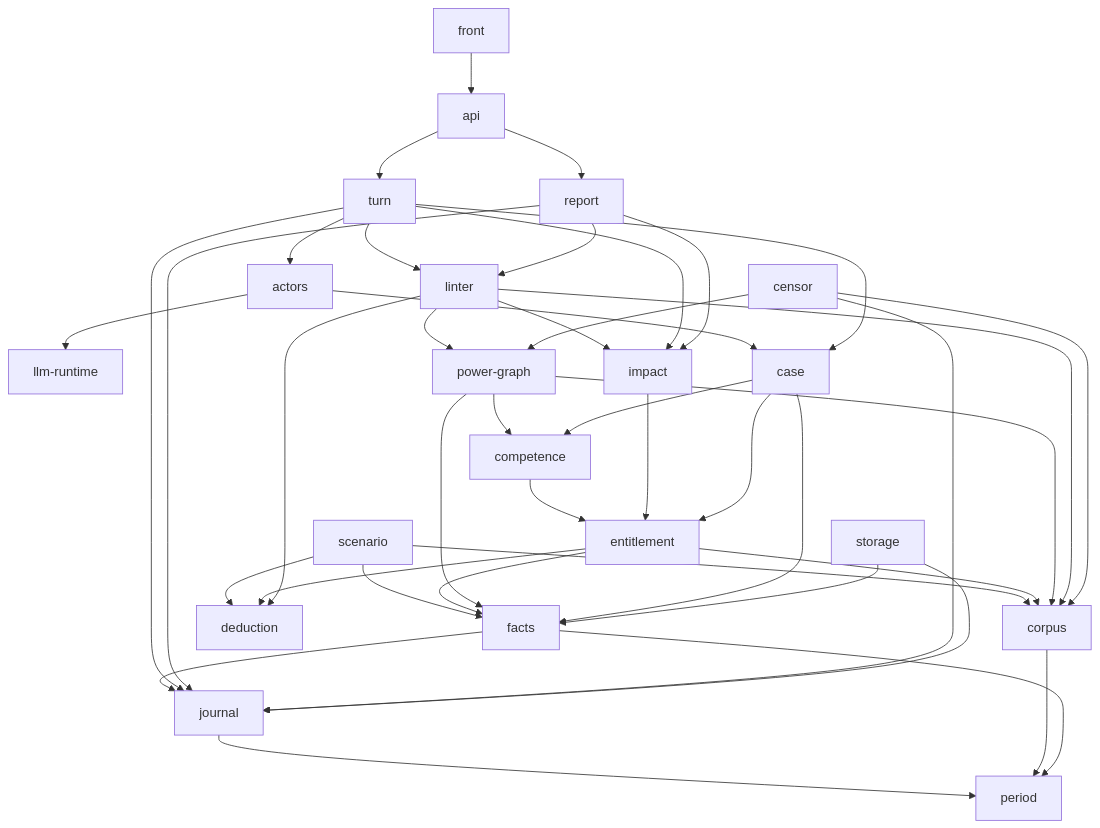
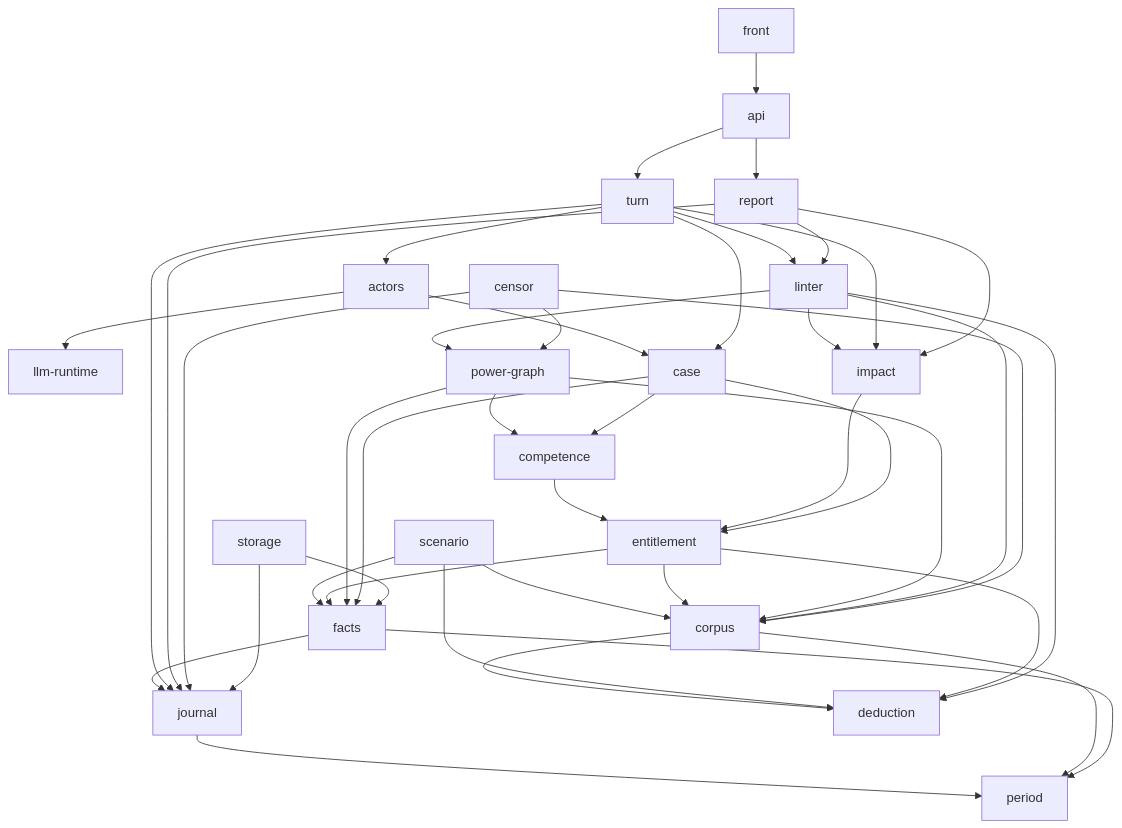
One commit to heaprip/intercessio changed the fourth of 4 diagrams in docs/design/README.md. Above: the diagram before and after it, drawn with Mermaid. The commit also changed 5 other files, not shown here.

````diff
--- a/docs/design/README.md
+++ b/docs/design/README.md
@@ -172,46 +172,47 @@
 ```mermaid
 flowchart TD
   %% components
   llm_runtime[llm-runtime]
   power_graph[power-graph]
   journal --> period
   corpus --> period
+  corpus --> deduction
   facts --> period
   facts --> journal
   scenario --> corpus
   scenario --> facts
   scenario --> deduction
   entitlement --> corpus
   entitlement --> facts
   entitlement --> deduction
   competence --> entitlement
   impact --> entitlement
   power_graph --> corpus
   power_graph --> facts
   power_graph --> competence
   linter --> corpus
   linter --> deduction
   linter --> impact
   linter --> power_graph
   case --> competence
   case --> facts
   case --> entitlement
   actors --> case
   actors --> llm_runtime
   turn --> case
   turn --> actors
   turn --> impact
   turn --> linter
   turn --> journal
   report --> journal
   report --> linter
   report --> impact
   api --> turn
   api --> report
   front --> api
   censor --> journal
   censor --> corpus
   censor --> power_graph
   storage --> facts
   storage --> journal
 ```
````
